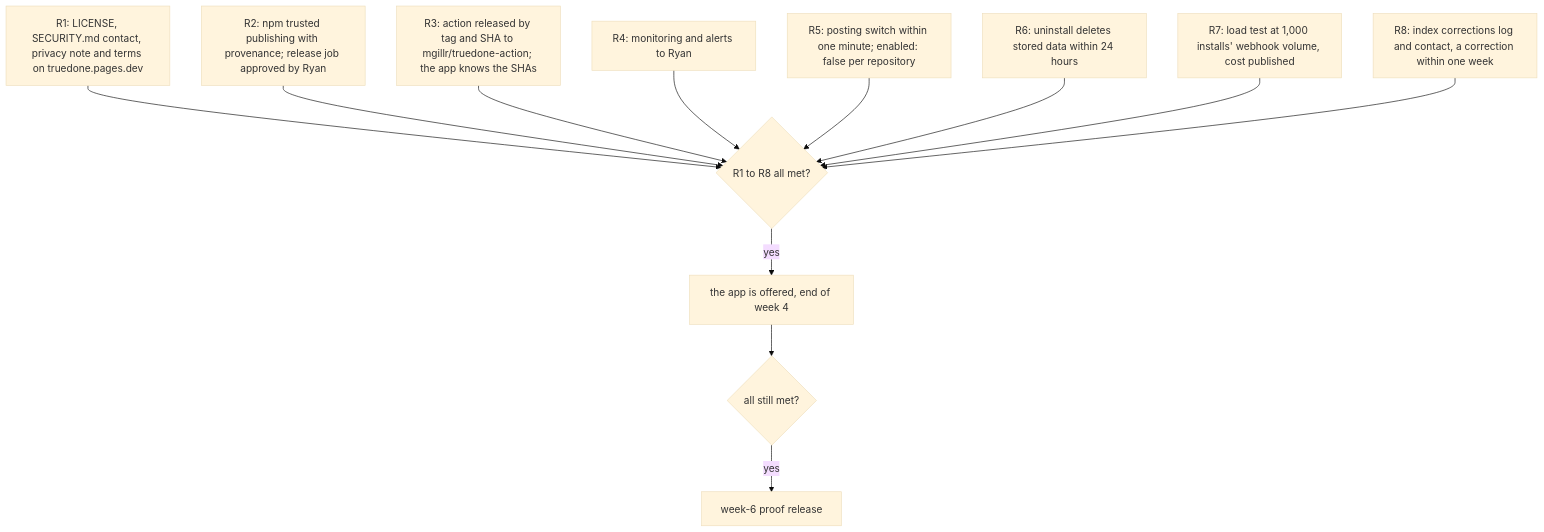
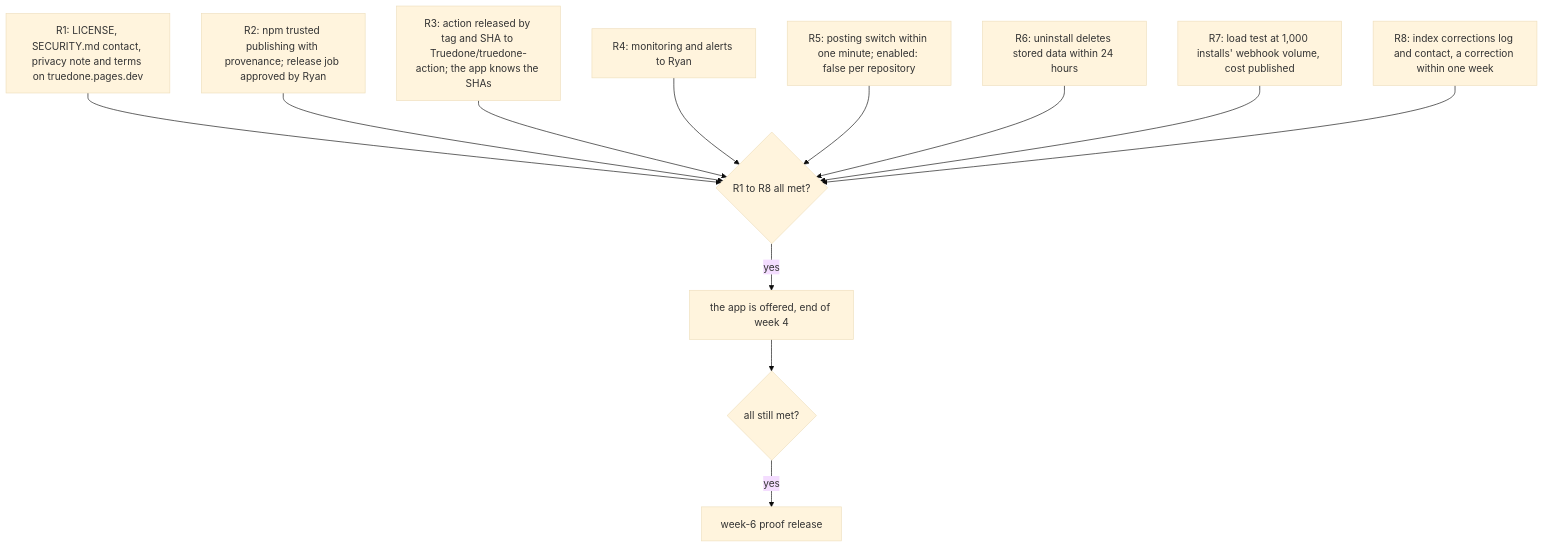
One commit to Truedone/truedone changed the first of 2 diagrams in docs/design/06-release-requirements.md. Above: the diagram before and after it, drawn with Mermaid (base theme). The commit also changed other lines of this file and 6 other files, not shown here.

````diff
--- a/docs/design/06-release-requirements.md
+++ b/docs/design/06-release-requirements.md
@@ -18,14 +18,14 @@
 ```mermaid
 flowchart TD
   R1["R1: LICENSE, SECURITY.md contact, privacy note and terms on truedone.pages.dev"] --> ALL{"R1 to R8 all met?"}
   R2["R2: npm trusted publishing with provenance; release job approved by Ryan"] --> ALL
-  R3["R3: action released by tag and SHA to mgillr/truedone-action; the app knows the SHAs"] --> ALL
+  R3["R3: action released by tag and SHA to Truedone/truedone-action; the app knows the SHAs"] --> ALL
   R4["R4: monitoring and alerts to Ryan"] --> ALL
   R5["R5: posting switch within one minute; enabled: false per repository"] --> ALL
   R6["R6: uninstall deletes stored data within 24 hours"] --> ALL
   R7["R7: load test at 1,000 installs' webhook volume, cost published"] --> ALL
   R8["R8: index corrections log and contact, a correction within one week"] --> ALL
   ALL -->|yes| OFFER["the app is offered, end of week 4"]
   OFFER --> STILL{"all still met?"}
   STILL -->|yes| W6["week-6 proof release"]
 ```
````
